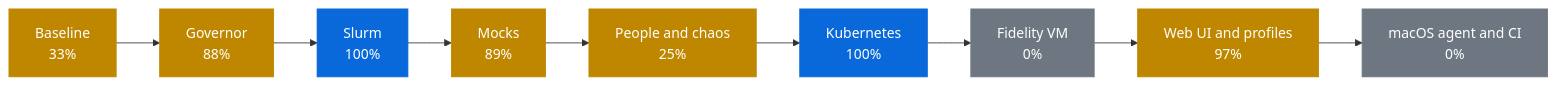
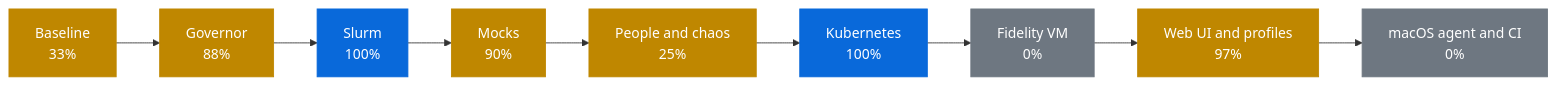
Before and after one commit to AhmedYousriSobhi/workbench: the first of 2 diagrams in docs/PROGRESS.md, drawn with Mermaid. The commit also changed other lines of this file and 8 other files, not shown here.

````diff
--- a/docs/PROGRESS.md
+++ b/docs/PROGRESS.md
@@ -12,17 +12,17 @@
 ```mermaid
 flowchart LR
     p0["Baseline<br/>33%"]:::partial
     p1["Governor<br/>88%"]:::partial
     p2["Slurm<br/>100%"]:::review
-    p3["Mocks<br/>89%"]:::partial
+    p3["Mocks<br/>90%"]:::partial
     p4["People and chaos<br/>25%"]:::partial
     p5["Kubernetes<br/>100%"]:::review
     p6["Fidelity VM<br/>0%"]:::todo
     p7["Web UI and profiles<br/>97%"]:::partial
     p8["macOS agent and CI<br/>0%"]:::todo
     p0 --> p1 --> p2 --> p3 --> p4 --> p5 --> p6 --> p7 --> p8
     classDef done fill:#1a7f37,stroke:#1a7f37,color:#fff
     classDef review fill:#0969da,stroke:#0969da,color:#fff
     classDef partial fill:#bf8700,stroke:#bf8700,color:#fff
     classDef todo fill:#6e7781,stroke:#6e7781,color:#fff
 ```
````
